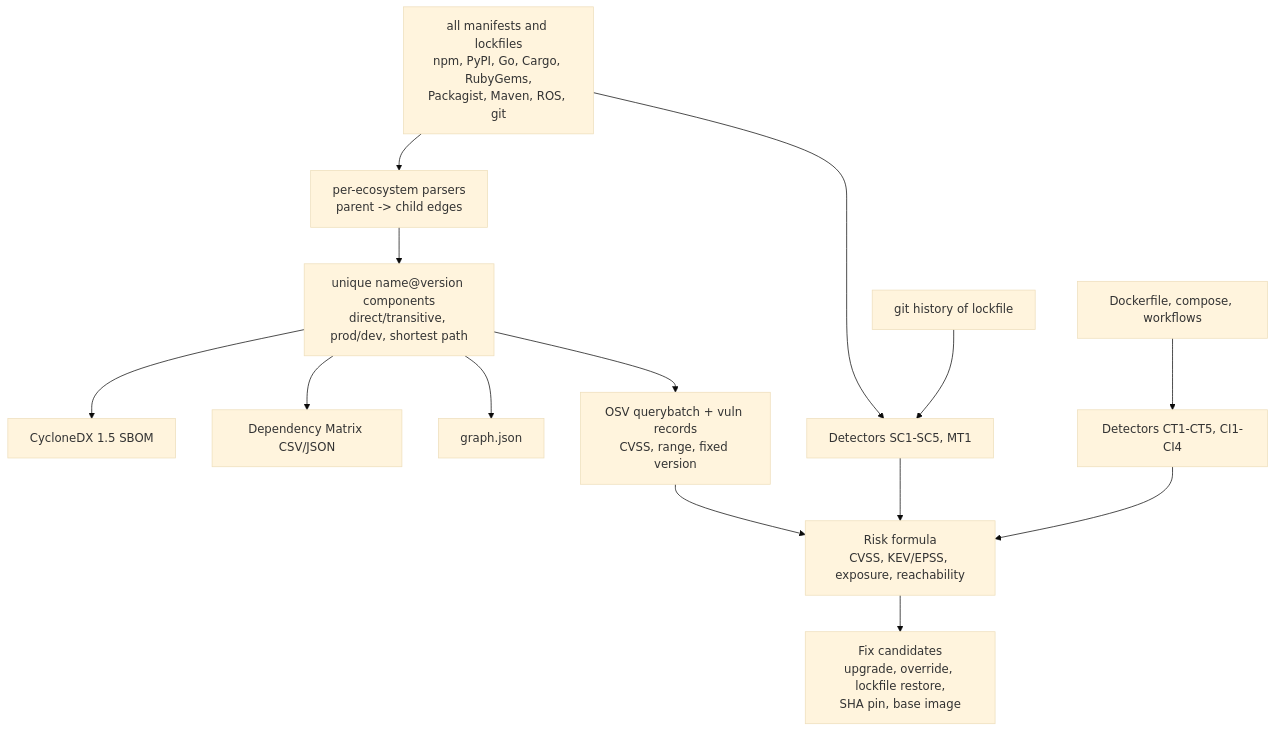
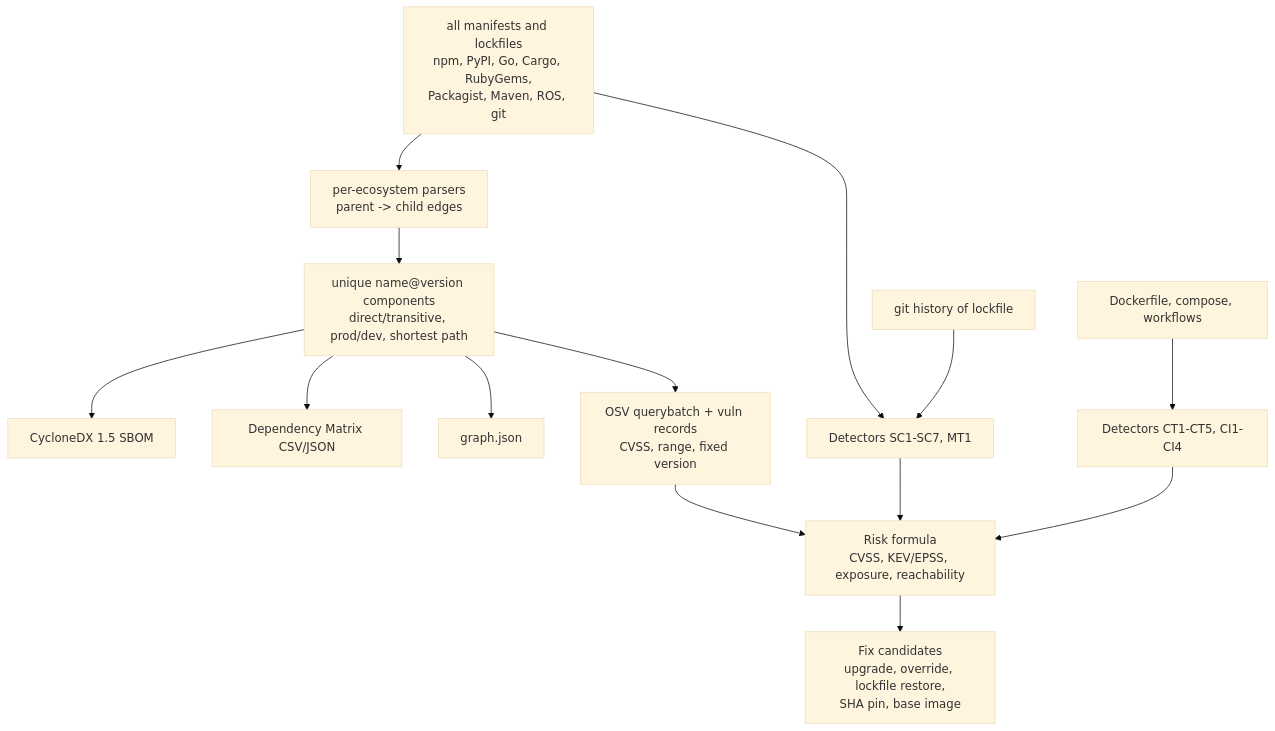
The third of 6 diagrams in docs/architecture.md (Neha-Jacob-8/supply-chain-guardian), drawn with Mermaid (base theme) before and after one commit. The commit also changed other lines of this file and 27 other files, not shown here.

````diff
--- a/docs/architecture.md
+++ b/docs/architecture.md
@@ -68,16 +69,16 @@
 ```mermaid
 flowchart TD
   A[all manifests and lockfiles<br/>npm, PyPI, Go, Cargo, RubyGems,<br/>Packagist, Maven, ROS, git] --> B[per-ecosystem parsers<br/>parent -> child edges]
   B --> C[unique name@version components<br/>direct/transitive, prod/dev, shortest path]
   C --> D[CycloneDX 1.5 SBOM]
   C --> E[Dependency Matrix CSV/JSON]
   C --> F[graph.json]
   C --> G[OSV querybatch + vuln records<br/>CVSS, range, fixed version]
-  A --> H[Detectors SC1-SC5, MT1]
+  A --> H[Detectors SC1-SC7, MT1]
   REPO[Dockerfile, compose, workflows] --> I[Detectors CT1-CT5, CI1-CI4]
   GIT[git history of lockfile] --> H
   G --> S[Risk formula<br/>CVSS, KEV/EPSS, exposure, reachability]
   H --> S
   I --> S
   S --> X[Fix candidates<br/>upgrade, override, lockfile restore,<br/>SHA pin, base image]
 ```
````
